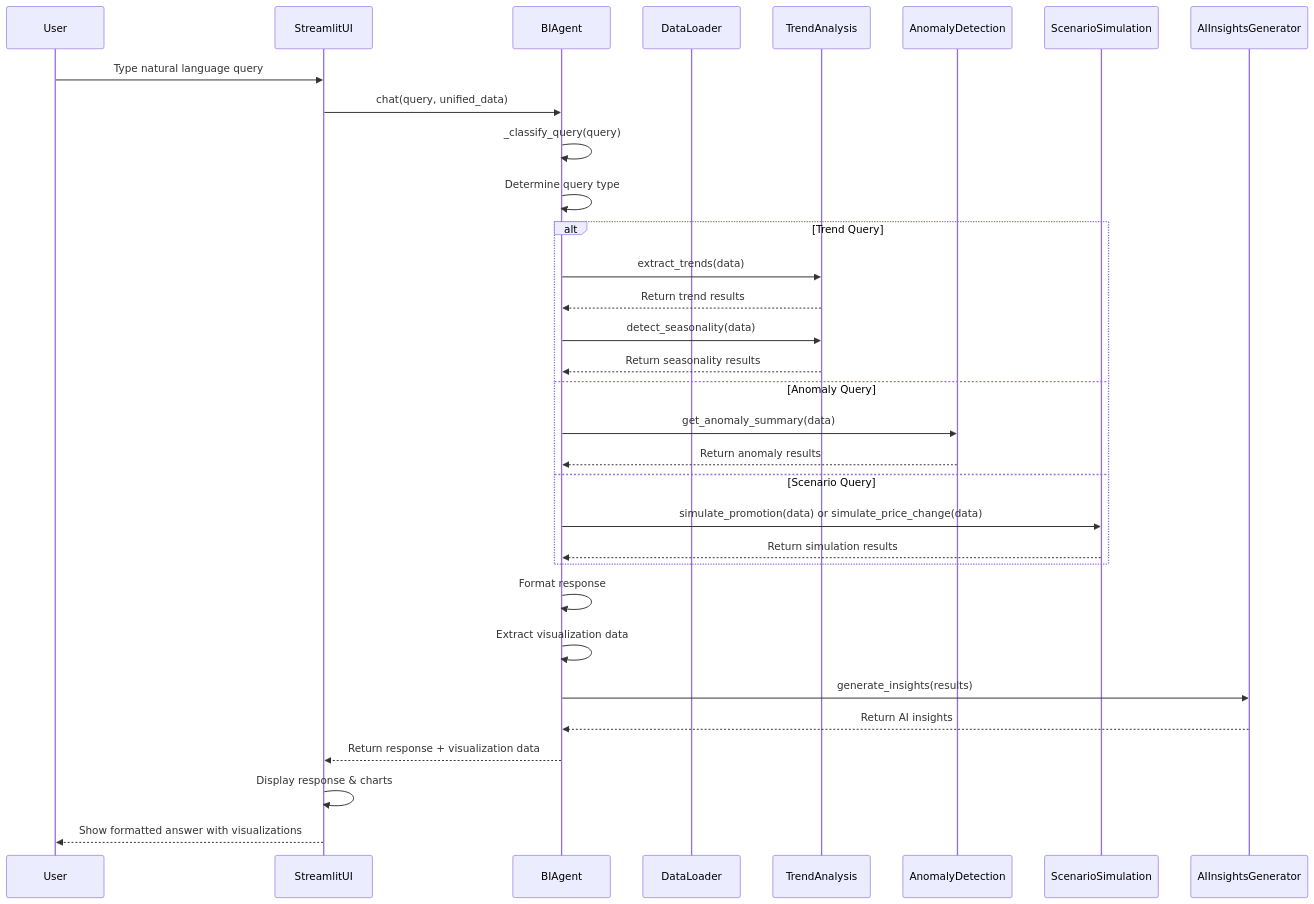
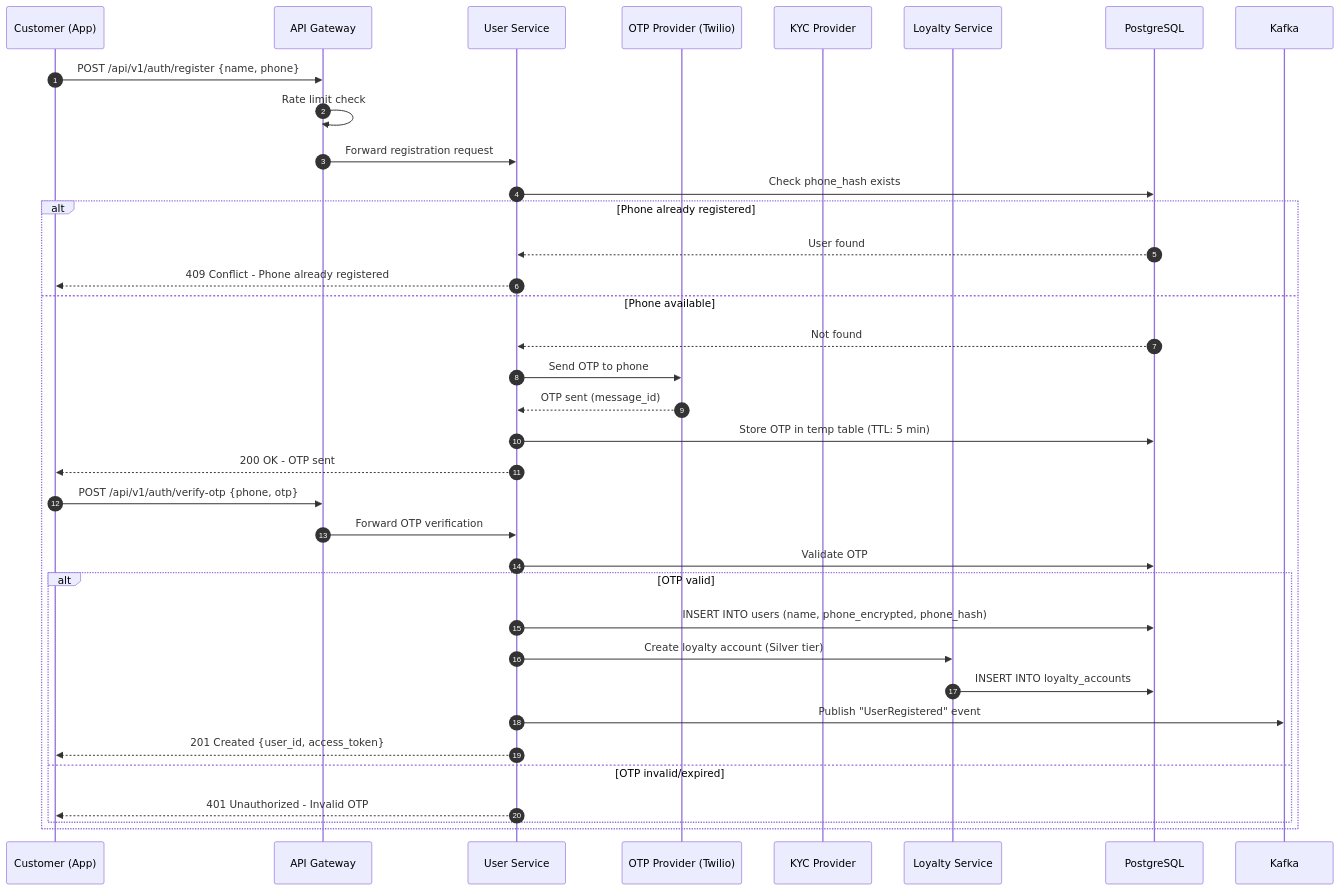
One commit to adityasinghz/kata changed the first of 6 diagrams in SEQUENCE_DIAGRAMS.md. Above: the diagram before and after it, drawn with Mermaid. The commit also changed other lines of this file and 11 other files, not shown here.

````diff
--- a/SEQUENCE_DIAGRAMS.md
+++ b/SEQUENCE_DIAGRAMS.md
@@ -53,37 +17,42 @@
 ```mermaid
 sequenceDiagram
-    participant User
-    participant StreamlitUI
-    participant BIAgent
-    participant DataLoader
-    participant TrendAnalysis
-    participant AnomalyDetection
-    participant ScenarioSimulation
-    participant AIInsightsGenerator
+    autonumber
+    participant C as Customer (App)
+    participant AG as API Gateway
+    participant US as User Service
+    participant OTP as OTP Provider (Twilio)
+    participant KYC as KYC Provider
+    participant LS as Loyalty Service
+    participant DB as PostgreSQL
+    participant KF as Kafka
 
-    User->>StreamlitUI: Type natural language query
-    StreamlitUI->>BIAgent: chat(query, unified_data)
-    BIAgent->>BIAgent: _classify_query(query)
-    BIAgent->>BIAgent: Determine query type
+    C->>AG: POST /api/v1/auth/register {name, phone}
+    AG->>AG: Rate limit check
+    AG->>US: Forward registration request
+    US->>DB: Check phone_hash exists
     
-    alt Trend Query
-        BIAgent->>TrendAnalysis: extract_trends(data)
-        TrendAnalysis-->>BIAgent: Return trend results
-        BIAgent->>TrendAnalysis: detect_seasonality(data)
-        TrendAnalysis-->>BIAgent: Return seasonality results
-    else Anomaly Query
-        BIAgent->>AnomalyDetection: get_anomaly_summary(data)
-        AnomalyDetection-->>BIAgent: Return anomaly results
-    else Scenario Query
-        BIAgent->>ScenarioSimulation: simulate_promotion(data) or simulate_price_change(data)
-        ScenarioSimulation-->>BIAgent: Return simulation results
+    alt Phone already registered
+        DB-->>US: User found
+        US-->>C: 409 Conflict - Phone already registered
+    else Phone available
+        DB-->>US: Not found
+        US->>OTP: Send OTP to phone
+        OTP-->>US: OTP sent (message_id)
+        US->>DB: Store OTP in temp table (TTL: 5 min)
+        US-->>C: 200 OK - OTP sent
+
+        C->>AG: POST /api/v1/auth/verify-otp {phone, otp}
+        AG->>US: Forward OTP verification
+        US->>DB: Validate OTP
+        
+        alt OTP valid
+            US->>DB: INSERT INTO users (name, phone_encrypted, phone_hash)
+            US->>LS: Create loyalty account (Silver tier)
+            LS->>DB: INSERT INTO loyalty_accounts
+            US->>KF: Publish "UserRegistered" event
+            US-->>C: 201 Created {user_id, access_token}
+        else OTP invalid/expired
+            US-->>C: 401 Unauthorized - Invalid OTP
+        end
     end
-    
-    BIAgent->>BIAgent: Format response
-    BIAgent->>BIAgent: Extract visualization data
-    BIAgent->>AIInsightsGenerator: generate_insights(results)
-    AIInsightsGenerator-->>BIAgent: Return AI insights
-    BIAgent-->>StreamlitUI: Return response + visualization data
-    StreamlitUI->>StreamlitUI: Display response & charts
-    StreamlitUI-->>User: Show formatted answer with visualizations
 ```
````
